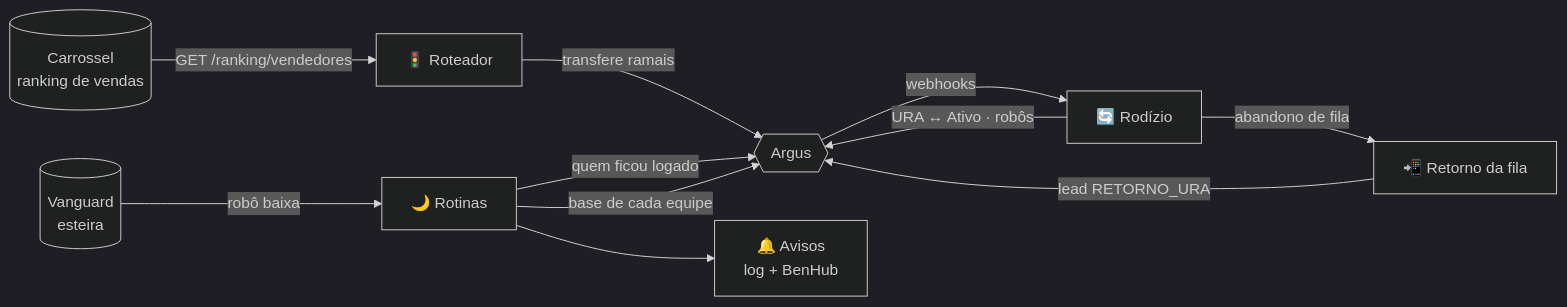
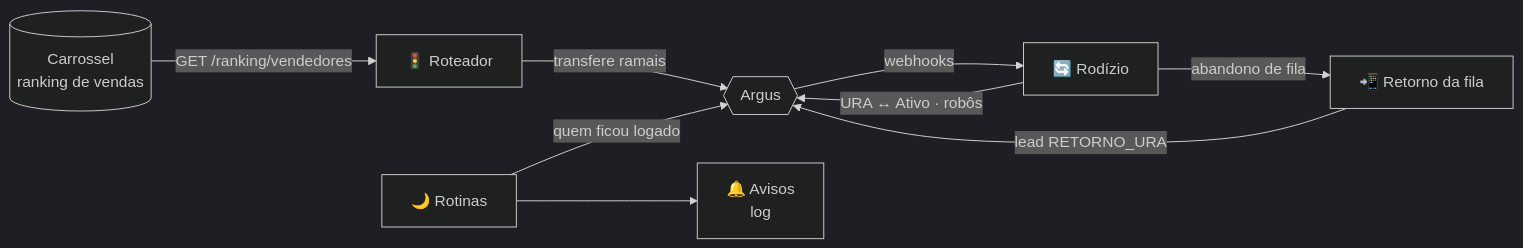
The first of 2 diagrams in README.md (nanzinx/Benura), drawn with Mermaid (dark theme) before and after one commit. The commit also changed other lines of this file and 36 other files, not shown here.

First line of the commit message:
Remove o que depende do Vanguard e do BenHub

````diff
--- a/README.md
+++ b/README.md
@@ -53,13 +47,11 @@
 ```mermaid
 flowchart LR
     C[(Carrossel<br>ranking de vendas)] -->|GET /ranking/vendedores| R[🚦 Roteador]
     R -->|transfere ramais| A{{Argus}}
     A -->|webhooks| Z[🔄 Rodízio]
     Z -->|URA ↔ Ativo · robôs| A
     Z -->|abandono de fila| F[📲 Retorno da fila]
     F -->|lead RETORNO_URA| A
     T[🌙 Rotinas] -->|quem ficou logado| A
-    T --> N[🔔 Avisos<br>log + BenHub]
-    V[(Vanguard<br>esteira)] -->|robô baixa| T
-    T -->|base de cada equipe| A
+    T --> N[🔔 Avisos<br>log]
 ```
````
